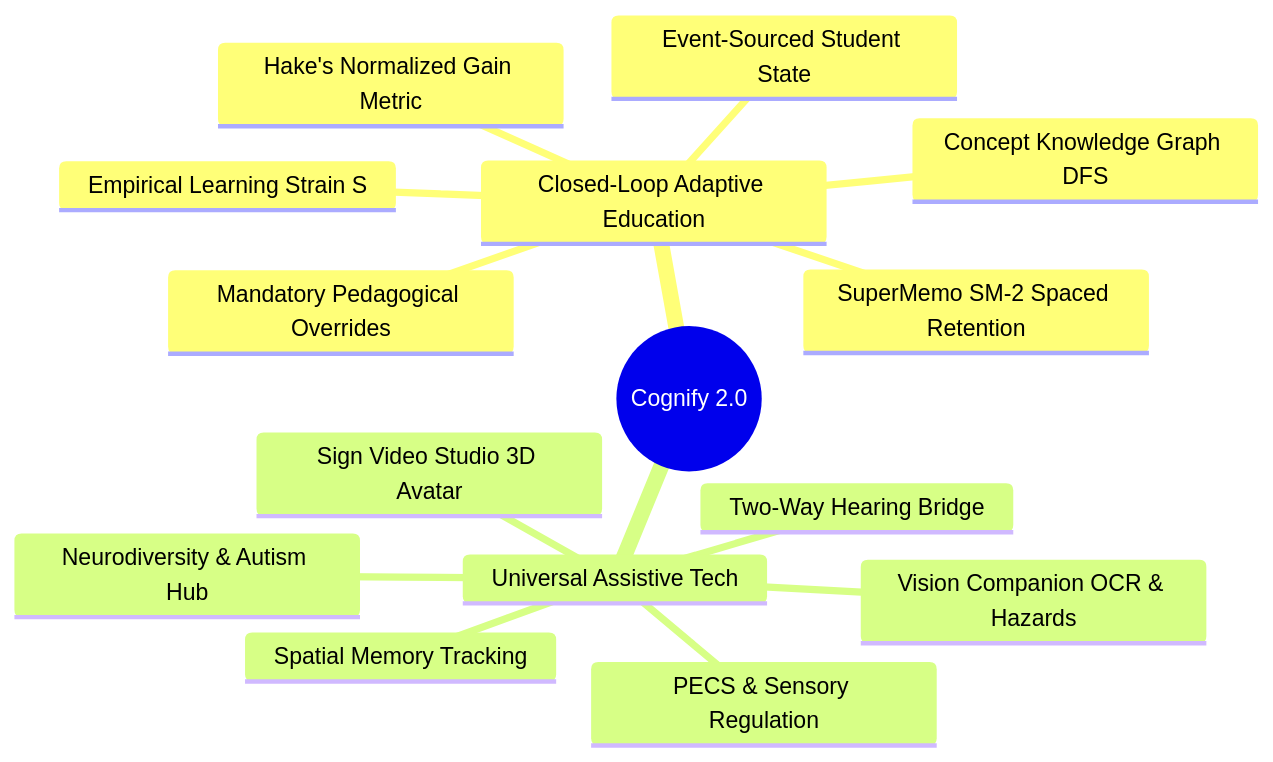
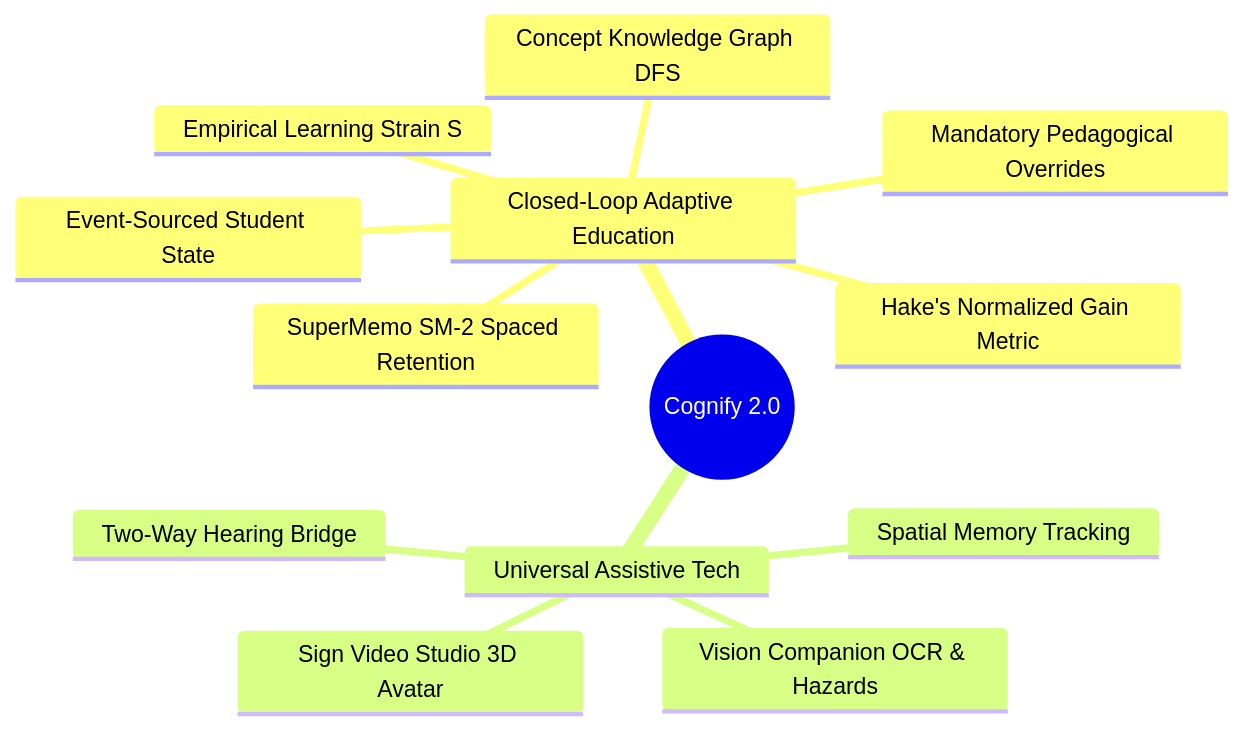
Before and after one commit to Mahmoud-Hashim-pro/cognify-production: the diagram in docs/01-overview/system-overview.md, drawn with Mermaid. The commit also changed other lines of this file and 13 other files, not shown here.

````diff
--- a/docs/01-overview/system-overview.md
+++ b/docs/01-overview/system-overview.md
@@ -20,18 +20,16 @@
 ```mermaid
 mindmap
   root((Cognify 2.0))
     Closed-Loop Adaptive Education
       Event-Sourced Student State
       Concept Knowledge Graph DFS
       SuperMemo SM-2 Spaced Retention
       Empirical Learning Strain S
       Mandatory Pedagogical Overrides
       Hake's Normalized Gain Metric
     Universal Assistive Tech
       Vision Companion OCR & Hazards
       Spatial Memory Tracking
-      Neurodiversity & Autism Hub
-      PECS & Sensory Regulation
       Sign Video Studio 3D Avatar
       Two-Way Hearing Bridge
 ```
````
